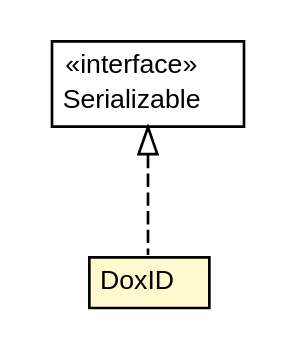
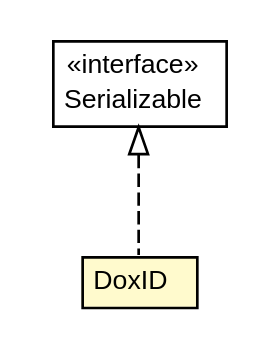
One commit to trajano/doxdb changed the diagram in doxdb-core/apidocs/net/trajano/doxdb/DoxID.dot. Above: the diagram before and after it, drawn with Graphviz. The commit also changed 257 other files, not shown here.

```diff
--- a/doxdb-core/apidocs/net/trajano/doxdb/DoxID.dot
+++ b/doxdb-core/apidocs/net/trajano/doxdb/DoxID.dot
@@ -1,27 +1,27 @@
 #!/usr/local/bin/dot
 #
 # Class diagram 
 # Generated by UMLGraph version R5_6-24-gf6e263 (http://www.umlgraph.org/)
 #
 
 digraph G {
-	edge [fontname="Helvetica",fontsize=10,labelfontname="Helvetica",labelfontsize=10];
-	node [fontname="Helvetica",fontsize=10,shape=plaintext];
+	edge [fontname="arial",fontsize=10,labelfontname="arial",labelfontsize=10];
+	node [fontname="arial",fontsize=10,shape=plaintext];
 	nodesep=0.25;
 	ranksep=0.5;
 	// net.trajano.doxdb.DoxID
-	c233 [label=<<table title="net.trajano.doxdb.DoxID" border="0" cellborder="1" cellspacing="0" cellpadding="2" port="p" bgcolor="lemonChiffon" href="./DoxID.html">
+	c247 [label=<<table title="net.trajano.doxdb.DoxID" border="0" cellborder="1" cellspacing="0" cellpadding="2" port="p" bgcolor="lemonChiffon" href="./DoxID.html">
 		<tr><td><table border="0" cellspacing="0" cellpadding="1">
 <tr><td align="center" balign="center"> DoxID </td></tr>
 		</table></td></tr>
-		</table>>, URL="./DoxID.html", fontname="Helvetica", fontcolor="black", fontsize=10.0];
+		</table>>, URL="./DoxID.html", fontname="arial", fontcolor="black", fontsize=10.0];
 	//net.trajano.doxdb.DoxID implements java.io.Serializable
-	c254:p -> c233:p [dir=back,arrowtail=empty,style=dashed];
+	c266:p -> c247:p [dir=back,arrowtail=empty,style=dashed];
 	// java.io.Serializable
-	c254 [label=<<table title="java.io.Serializable" border="0" cellborder="1" cellspacing="0" cellpadding="2" port="p" href="http://java.sun.com/j2se/1.4.2/docs/api/java/io/Serializable.html">
+	c266 [label=<<table title="java.io.Serializable" border="0" cellborder="1" cellspacing="0" cellpadding="2" port="p" href="http://java.sun.com/j2se/1.4.2/docs/api/java/io/Serializable.html">
 		<tr><td><table border="0" cellspacing="0" cellpadding="1">
 <tr><td align="center" balign="center"> &#171;interface&#187; </td></tr>
 <tr><td align="center" balign="center"> Serializable </td></tr>
 		</table></td></tr>
-		</table>>, URL="http://java.sun.com/j2se/1.4.2/docs/api/java/io/Serializable.html", fontname="Helvetica", fontcolor="black", fontsize=10.0];
+		</table>>, URL="http://java.sun.com/j2se/1.4.2/docs/api/java/io/Serializable.html", fontname="arial", fontcolor="black", fontsize=10.0];
 }
```
